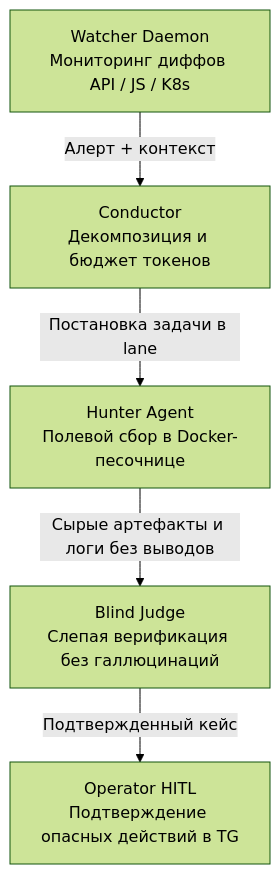
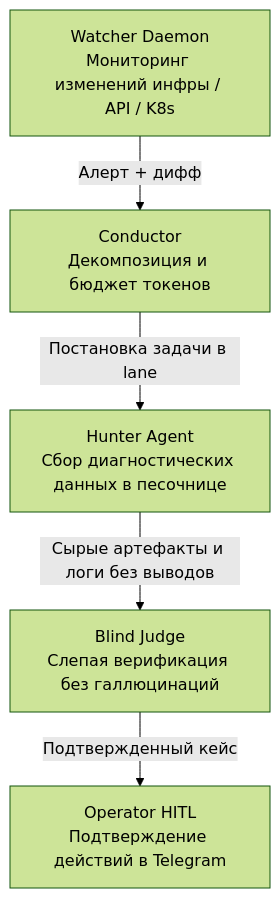
Before and after one commit to kocheregov/kocheregov: the diagram in README.md, drawn with Mermaid (forest theme). The commit also changed other lines of this file, not shown here.

```diff
--- a/README.md
+++ b/README.md
@@ -17,7 +17,7 @@
 ~~~mermaid
 flowchart TD
-    W[Watcher Daemon<br/>Мониторинг диффов API / JS / K8s] -->|Алерт + контекст| C[Conductor<br/>Декомпозиция и бюджет токенов]
-    C -->|Постановка задачи в lane| H[Hunter Agent<br/>Полевой сбор в Docker-песочнице]
+    W[Watcher Daemon<br/>Мониторинг изменений инфры / API / K8s] -->|Алерт + дифф| C[Conductor<br/>Декомпозиция и бюджет токенов]
+    C -->|Постановка задачи в lane| H[Hunter Agent<br/>Сбор диагностических данных в песочнице]
     H -->|Сырые артефакты и логи без выводов| J[Blind Judge<br/>Слепая верификация без галлюцинаций]
-    J -->|Подтвержденный кейс| O[Operator HITL<br/>Подтверждение опасных действий в TG]
+    J -->|Подтвержденный кейс| O[Operator HITL<br/>Подтверждение действий в Telegram]
 ~~~
```
